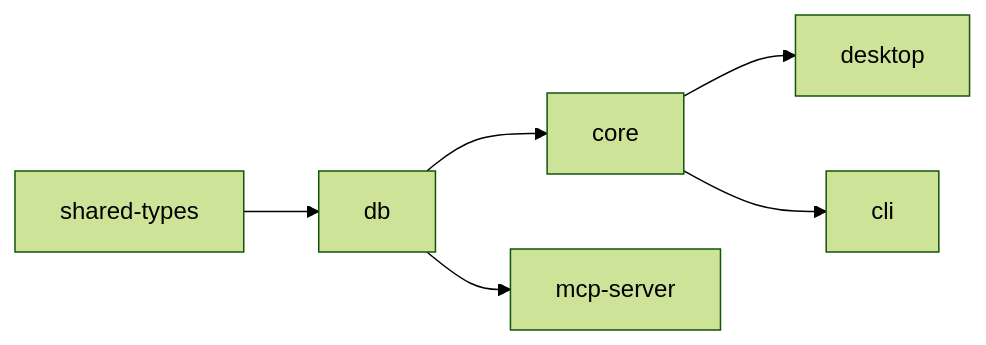
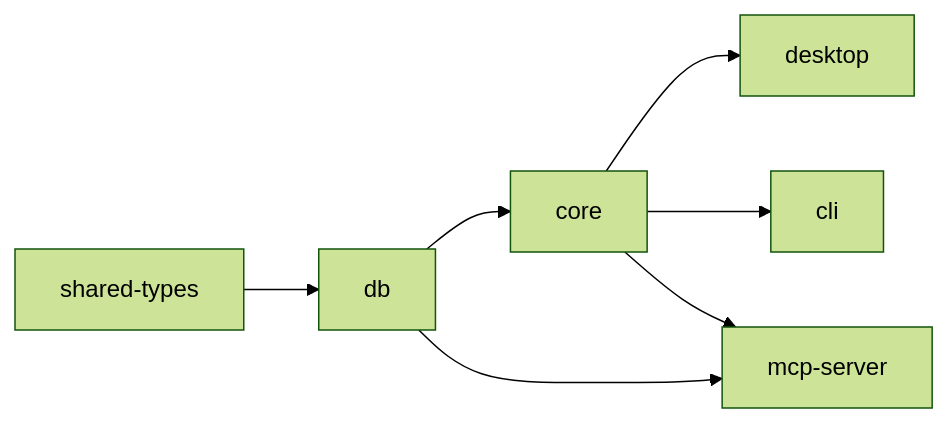
The diagram in README.md (kemalai/FreeCrawl-SEO-Tool), drawn with Mermaid (forest theme) before and after one commit. The commit also changed other lines of this file and 113 other files, not shown here.

````diff
--- a/README.md
+++ b/README.md
@@ -451,8 +462,9 @@
 ```mermaid
 graph LR
   A[shared-types] --> B[db]
   B --> C[core]
   C --> D[desktop]
   C --> E[cli]
   B --> F[mcp-server]
+  C --> F
 ```
````
